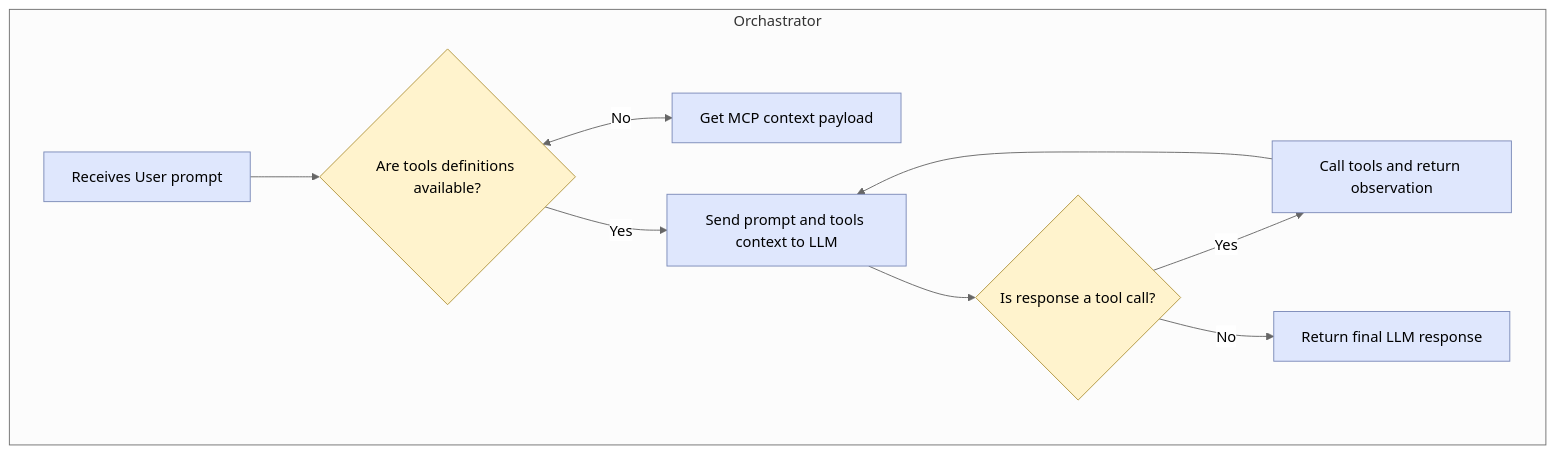
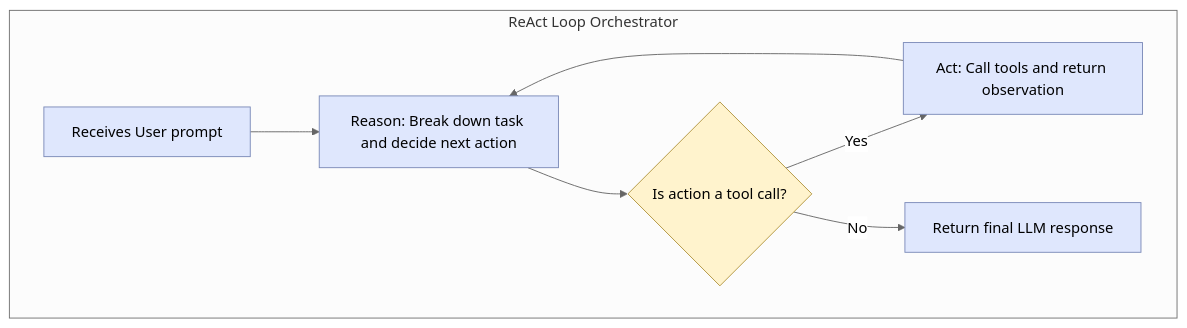
The second of 2 diagrams in README.md (ndenniszhang/genai-orchestrator), drawn with Mermaid (neutral theme) before and after one commit. The commit also changed other lines of this file and 3 other files, not shown here.

````diff
--- a/README.md
+++ b/README.md
@@ -67,29 +64,24 @@
 ```mermaid
 flowchart TB
     %% === Container Boundary for Orchastrator ===
-    subgraph orchastrator["Orchastrator"]
+    subgraph orchastrator["ReAct Loop Orchestrator"]
         A["Receives User prompt"]
-        B{"Are tools definitions available?"}
-        C["Get MCP context payload"]
-        D["Send prompt and tools context to LLM"]
-        E{"Is response a tool call?"}
-        F["Call tools and return observation"]
-        G["Return final LLM response"]
+        B["Reason: Break down task and decide next action"]
+        C{"Is action a tool call?"}
+        D["Act: Call tools and return observation"]
+        E["Return final LLM response"]
     end
     class orchastrator container
 
     %% === Reasoning Flow ===
-    A --> B
-    B <-- "No" --> C
-    B -- "Yes" --> D
-    D --> E
-    E -- "Yes" --> F
-    F --> D
-    E -- "No" --> G
+    A --> B --> C
+    C -- "Yes" --> D
+    C -- "No" --> E
+    D --> B
 
     %% === Styling ===
     classDef process fill:#dfe7fd,stroke:#7b8ab8,stroke-width:1px,color:#000
     classDef decision fill:#fff3cd,stroke:#b1953d,stroke-width:1px,color:#000
-    class A,C,D,F,G process
-    class B,E decision
+    class A,B,D,E process
+    class C decision
 ```
````
